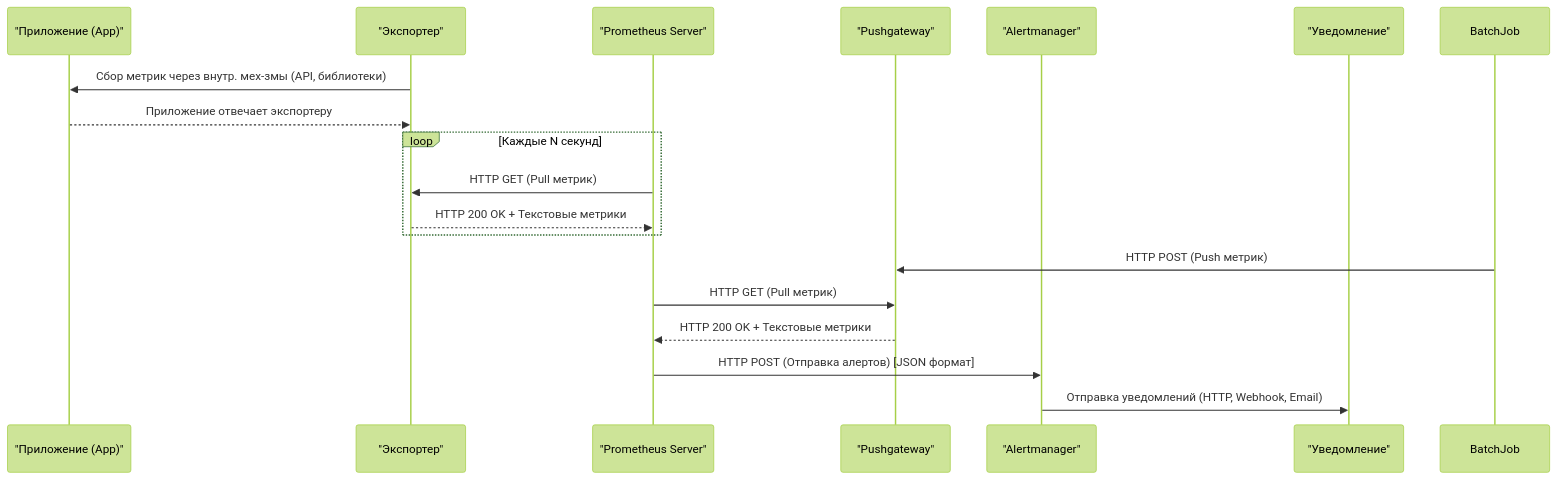
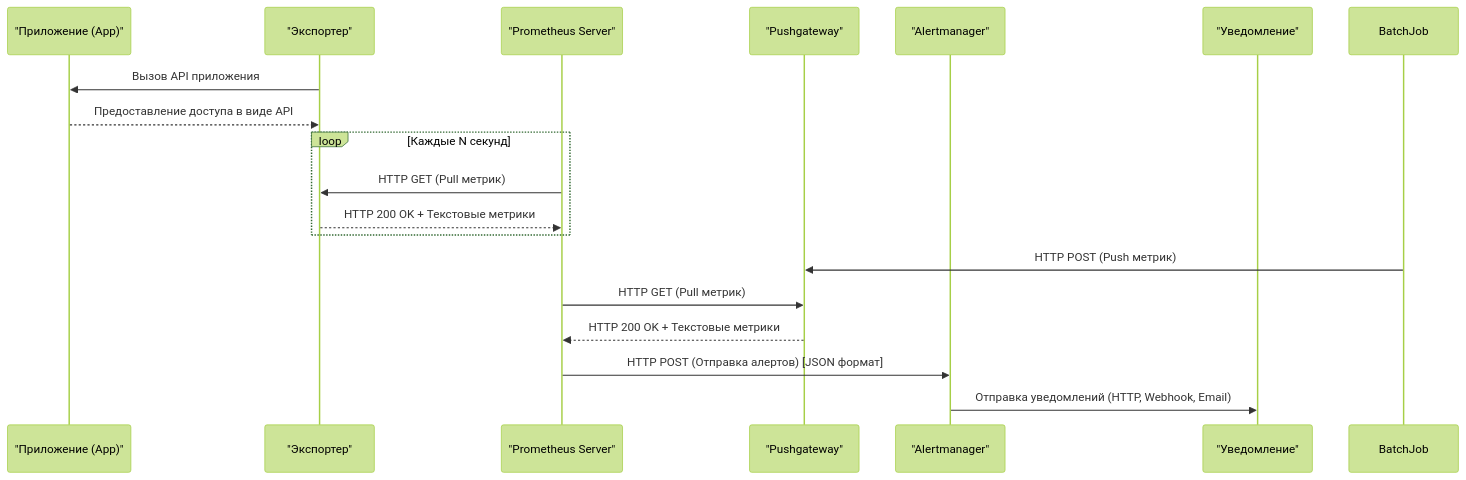
One commit to lamjob1993/linux-monitoring changed the diagram in prometheus/beginning/1. Введение (Основы Prometheus).md. Above: the diagram before and after it, drawn with Mermaid (forest theme). The commit also changed other lines of this file, not shown here.

````diff
--- a/prometheus/beginning/1. Введение (Основы Prometheus).md
+++ b/prometheus/beginning/1. Введение (Основы Prometheus).md
@@ -39,24 +39,24 @@
 ```mermaid
 sequenceDiagram
     participant App as "Приложение (App)"
     participant Exporter as "Экспортер"
     participant Prometheus as "Prometheus Server"
     participant Pushgateway as "Pushgateway"
     participant Alertmanager as "Alertmanager"
     participant Notification as "Уведомление"
 
-    Exporter->>App: Сбор метрик через внутр. мех-змы (API, библиотеки)
-    App-->>Exporter: Приложение отвечает экспортеру
+    Exporter->>App: Вызов API приложения
+    App-->>Exporter: Предоставление доступа в виде API
 
     loop Каждые N секунд
         Prometheus->>Exporter: HTTP GET (Pull метрик)
         Exporter-->>Prometheus: HTTP 200 OK + Текстовые метрики
     end
 
     BatchJob->>Pushgateway: HTTP POST (Push метрик)
     Prometheus->>Pushgateway: HTTP GET (Pull метрик)
     Pushgateway-->>Prometheus: HTTP 200 OK + Текстовые метрики
 
     Prometheus->>Alertmanager: HTTP POST (Отправка алертов) [JSON формат]
     Alertmanager->>Notification: Отправка уведомлений (HTTP, Webhook, Email)
 ```
````
